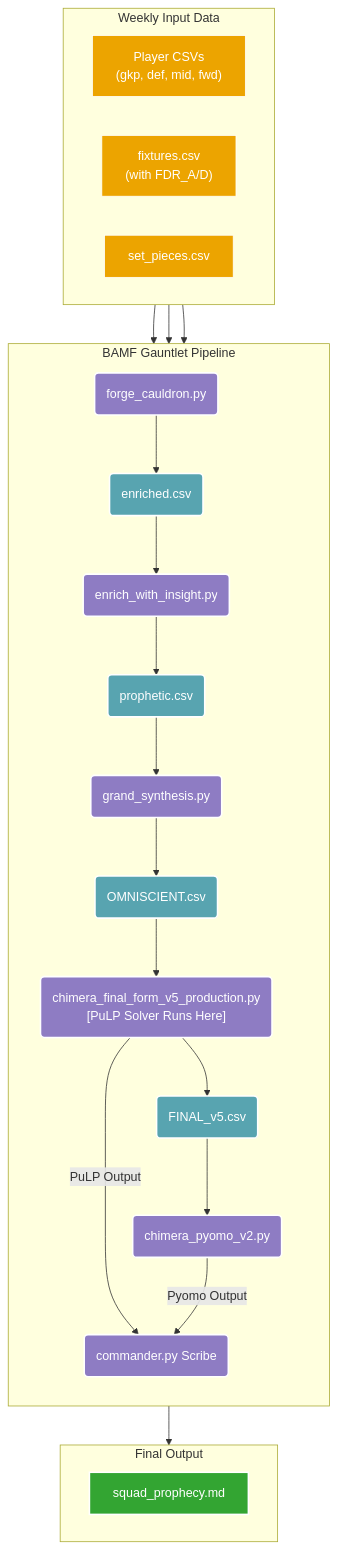
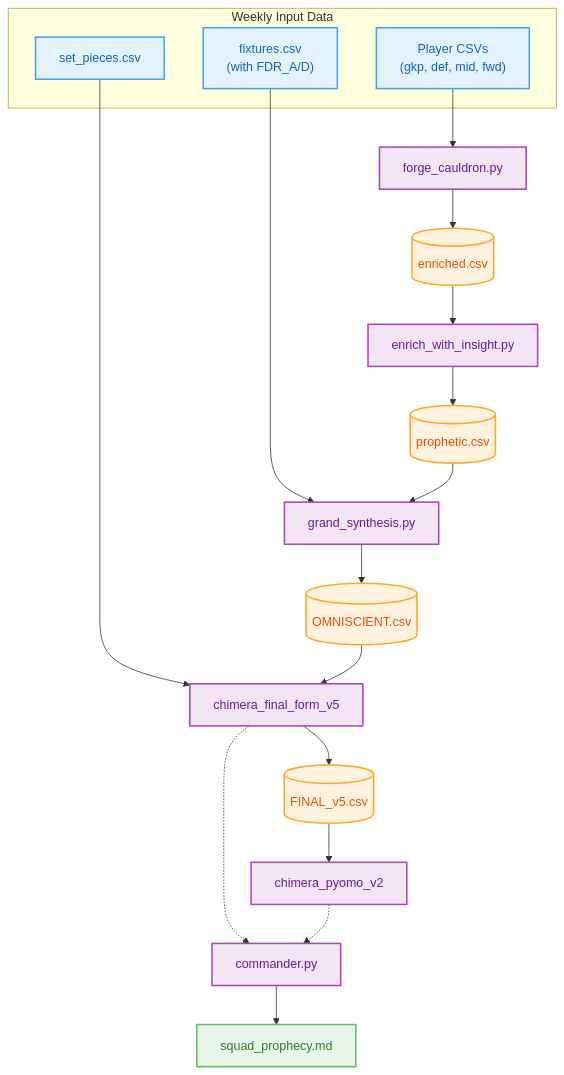
The diagram in README.md (ianchanning/fpl-dominator), drawn with Mermaid before and after one commit.

Commit message:
docs: Refactor run-gauntlet pipeline Mermaid diagram

````diff
--- a/README.md
+++ b/README.md
@@ -106,53 +106,54 @@
 ```mermaid
 graph TD
-    subgraph "Weekly Input Data"
-        direction LR
+    subgraph inputs["Weekly Input Data"]
         A1["Player CSVs<br>(gkp, def, mid, fwd)"]
         A2["fixtures.csv<br>(with FDR_A/D)"]
         A3["set_pieces.csv"]
     end
 
-    subgraph "BAMF Gauntlet Pipeline"
-        direction TB
+    B1["forge_cauldron.py"]
+    C1[("enriched.csv")]
 
-        %% Stage 1
-        A1 --> B1("forge_cauldron.py")
-        B1 --> C1("enriched.csv")
+    B2["enrich_with_insight.py"]
+    C2[("prophetic.csv")]
 
-        %% Stage 2
-        C1 --> B2("enrich_with_insight.py")
-        B2 --> C2("prophetic.csv")
+    B3["grand_synthesis.py"]
+    C3[("OMNISCIENT.csv")]
 
-        %% Stage 3
-        A2 --> B3("grand_synthesis.py")
-        C2 --> B3
-        B3 --> C3("OMNISCIENT.csv")
+    B4["chimera_final_form_v5"]
+    C4[("FINAL_v5.csv")]
 
-        %% Stage 4
-        A3 --> B4("chimera_final_form_v5_production.py<br>[PuLP Solver Runs Here]")
-        C3 --> B4
-        B4 --> C4("FINAL_v5.csv")
-        B4 -- PuLP Output --> E1("commander.py Scribe")
+    B5["chimera_pyomo_v2"]
 
-        %% Stage 5
-        C4 --> B5("chimera_pyomo_v2.py")
-        B5 -- Pyomo Output --> E1
+    E1["commander.py"]
+    F1["squad_prophecy.md"]
 
-    end
+    A1 --> B1
+    B1 --> C1
+    C1 --> B2
+    B2 --> C2
 
-    subgraph "Final Output"
-        direction LR
-        E1 --> F1["squad_prophecy.md"]
-    end
+    A2 --> B3
+    C2 --> B3
+    B3 --> C3
 
-    %% Styling
-    classDef process fill:#8E7CC3,stroke:#fff,stroke-width:2px,color:#fff;
-    classDef data fill:#58A4B0,stroke:#fff,stroke-width:2px,color:#fff,shape:cylinder;
-    classDef input fill:#ECA400,stroke:#fff,stroke-width:1px,color:#fff,shape:parallelogram;
-    classDef output fill:#33A532,stroke:#fff,stroke-width:2px,color:#fff,shape:parallelogram;
+    A3 --> B4
+    C3 --> B4
+    B4 --> C4
+    B4 -.-> E1
 
-    class A1,A2,A3 input;
-    class C1,C2,C3,C4 data;
-    class B1,B2,B3,B4,B5,E1 process;
-    class F1 output;
+    C4 --> B5
+    B5 -.-> E1
+
+    E1 --> F1
+
+    classDef inputStyle fill:#e3f2fd,stroke:#42a5f5,stroke-width:2px,color:#1565c0
+    classDef processStyle fill:#f3e5f5,stroke:#ab47bc,stroke-width:2px,color:#6a1b9a
+    classDef dataStyle fill:#fff3e0,stroke:#ffa726,stroke-width:2px,color:#e65100
+    classDef outputStyle fill:#e8f5e9,stroke:#66bb6a,stroke-width:2px,color:#2e7d32
+
+    class A1,A2,A3 inputStyle
+    class B1,B2,B3,B4,B5,E1 processStyle
+    class C1,C2,C3,C4 dataStyle
+    class F1 outputStyle
 ```
````
